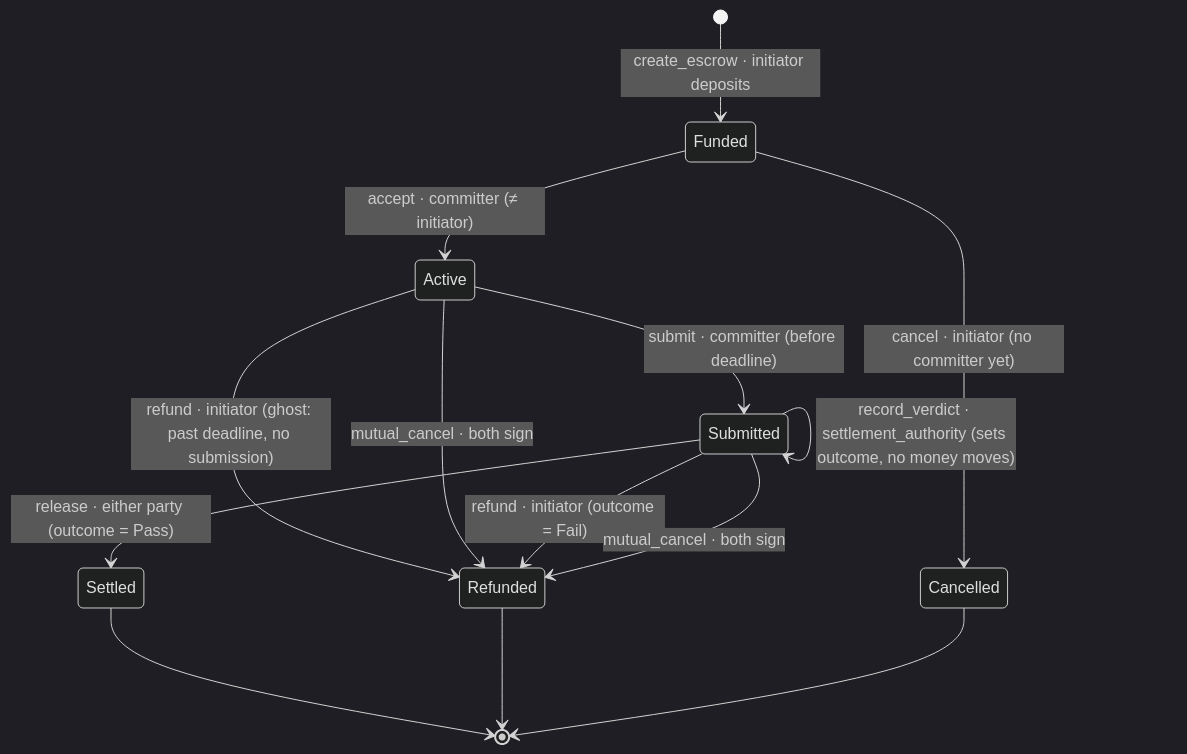
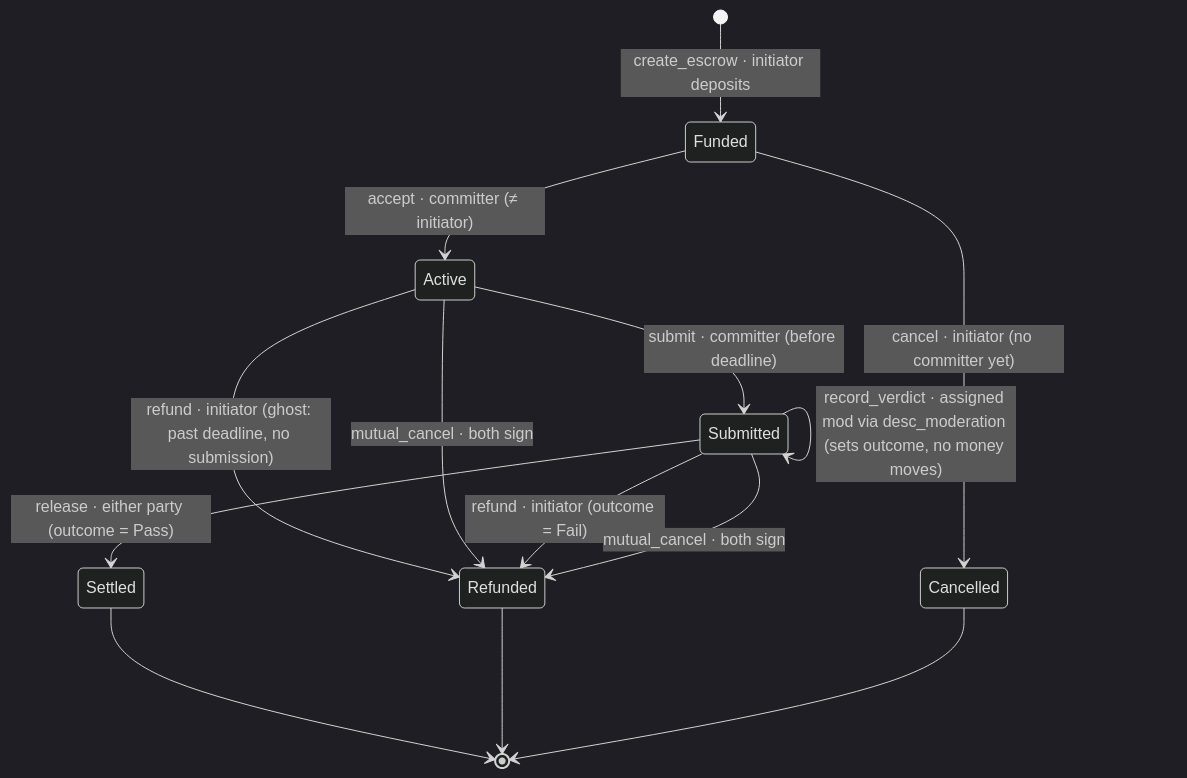
Before and after one commit to zubayr1/desc: the diagram in programs/desc_escrow/LIFECYCLE.md, drawn with Mermaid (dark theme). The commit also changed other lines of this file and 5 other files, not shown here.

````diff
--- a/programs/desc_escrow/LIFECYCLE.md
+++ b/programs/desc_escrow/LIFECYCLE.md
@@ -9,20 +9,20 @@
 ```mermaid
 stateDiagram-v2
     [*] --> Funded: create_escrow · initiator deposits
 
     Funded --> Cancelled: cancel · initiator (no committer yet)
     Funded --> Active: accept · committer (≠ initiator)
 
     Active --> Submitted: submit · committer (before deadline)
     Active --> Refunded: refund · initiator (ghost: past deadline, no submission)
     Active --> Refunded: mutual_cancel · both sign
 
-    Submitted --> Submitted: record_verdict · settlement_authority (sets outcome, no money moves)
+    Submitted --> Submitted: record_verdict · assigned mod via desc_moderation (sets outcome, no money moves)
     Submitted --> Settled: release · either party (outcome = Pass)
     Submitted --> Refunded: refund · initiator (outcome = Fail)
     Submitted --> Refunded: mutual_cancel · both sign
 
     Settled --> [*]
     Refunded --> [*]
     Cancelled --> [*]
 ```
````
